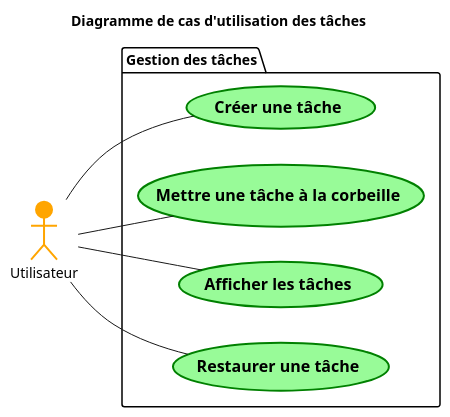
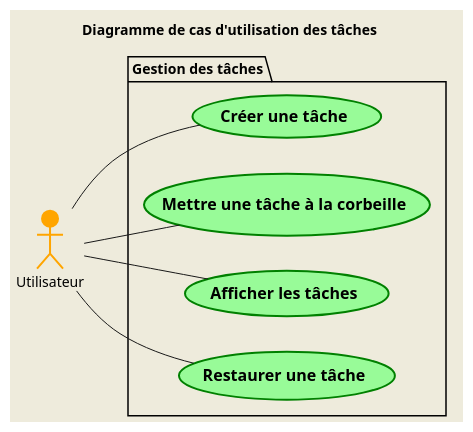
The diagram in Modelisation/Diagrammes/PlantUML/diag_use_case_3.puml (SamuelGuillemet/igloo), drawn with PlantUML before and after one commit. The commit also changed 7 other files, not shown here.

Commit message:
Add plantuml testing files

```diff
--- a/Modelisation/Diagrammes/PlantUML/diag_use_case_3.puml
+++ b/Modelisation/Diagrammes/PlantUML/diag_use_case_3.puml
@@ -1,20 +1,22 @@
-@startuml  
+@startuml UseCase3
 title Diagramme de cas d'utilisation des tâches
 
 left to right direction
+skinparam style strictuml
+skinparam backgroundColor #EEEBDC
 
 actor Utilisateur #Orange;line:Orange;line.bold
 
 package "Gestion des tâches" {
     usecase "== Créer une tâche" as UC3 #PaleGreen;line:Green;line.bold
     usecase "== Mettre une tâche à la corbeille" as UC7 #PaleGreen;line:Green;line.bold
     usecase "== Afficher les tâches" as UC10 #PaleGreen;line:Green;line.bold
     usecase "== Restaurer une tâche" as UC23 #PaleGreen;line:Green;line.bold
 }
 
 Utilisateur -- UC3
 Utilisateur -- UC7
 Utilisateur -- UC10
 Utilisateur -- UC23
 
 @enduml
```
